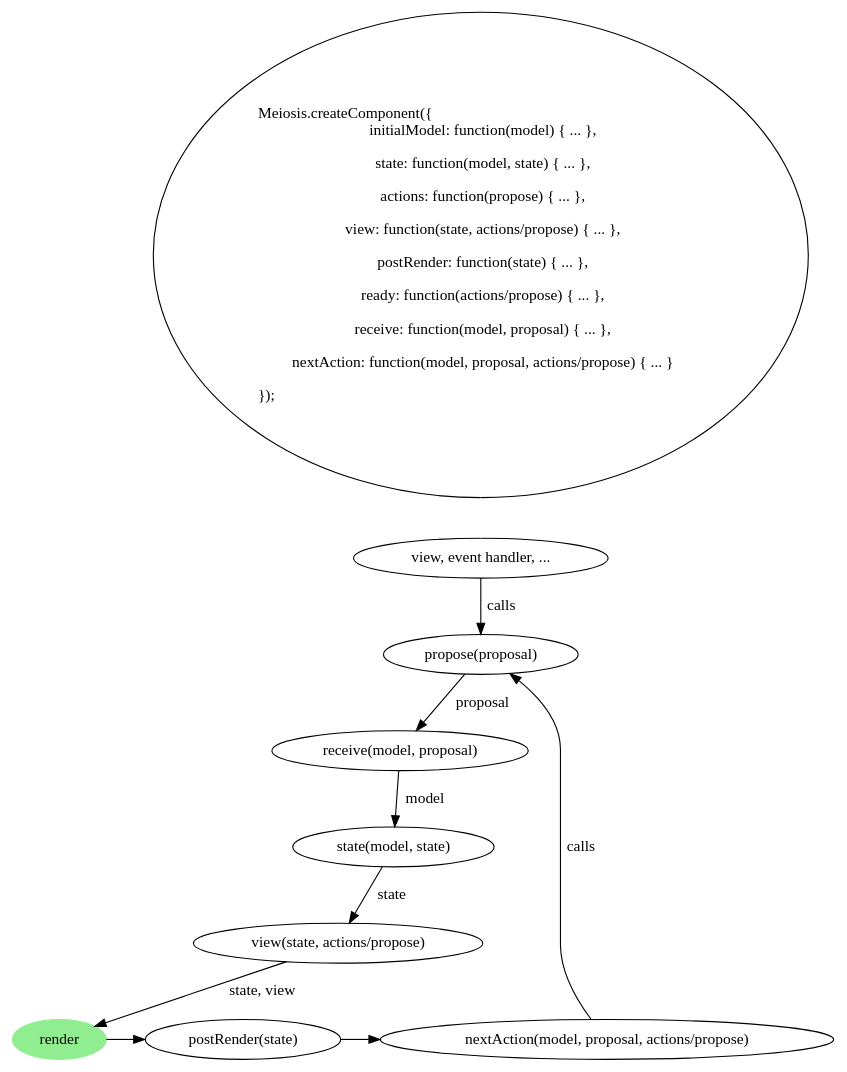
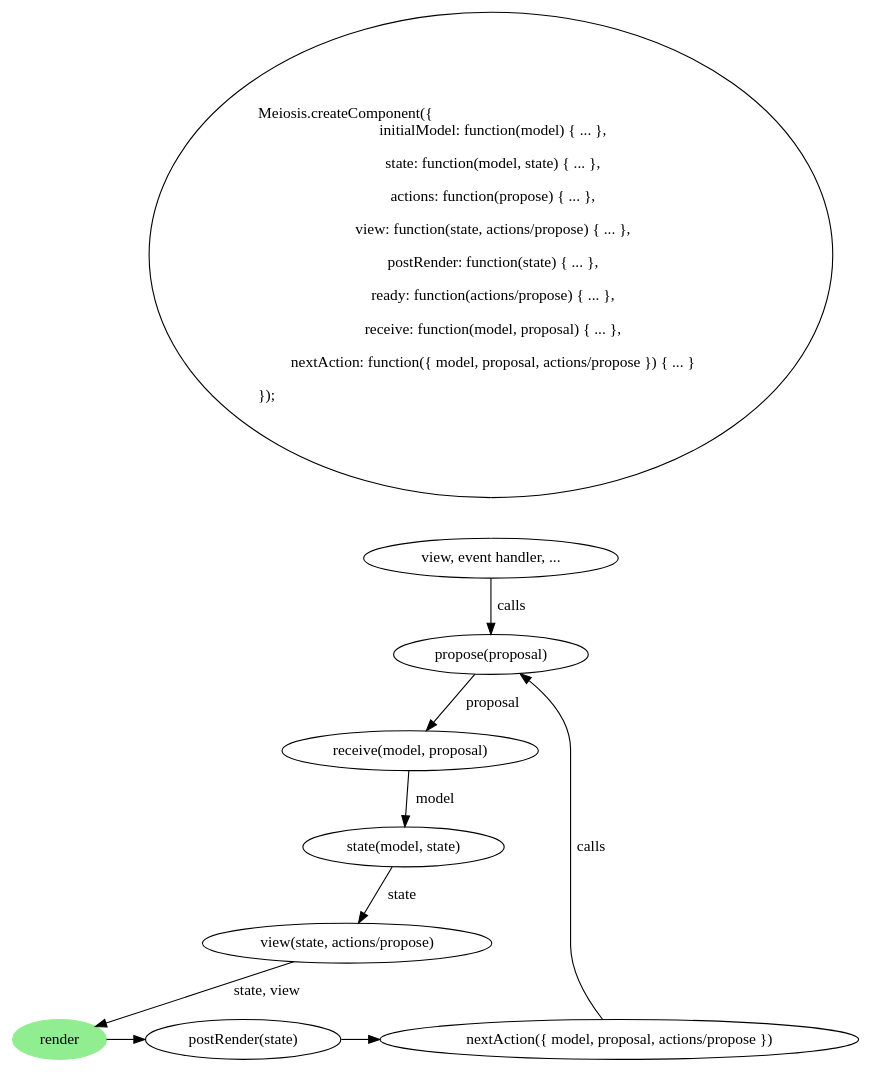
One commit to foxdonut/meiosis-guide changed the diagram in images/meiosis_update.dot. Above: the diagram before and after it, drawn with Graphviz. The commit also changed 4 other files, not shown here.

```diff
--- a/images/meiosis_update.dot
+++ b/images/meiosis_update.dot
@@ -1,32 +1,32 @@
 digraph meiosis_update {
   createComponent [fontname=Hack, label = "\lMeiosis.createComponent(\{\l\ \ initialModel: function(model) \{ ... \},
     \l  state: function(model, state) \{ ... \},
     \l  actions: function(propose) \{ ... \},
     \l  view: function(state, actions/propose) \{ ... \},
     \l  postRender: function(state) \{ ... \},
     \l  ready: function(actions/propose) \{ ... \},
     \l  receive: function(model, proposal) \{ ... \},
-    \l  nextAction: function(model, proposal, actions/propose) \{ ... \}
+    \l  nextAction: function(\{ model, proposal, actions/propose \}) \{ ... \}
     \l\});\l\l"]
 
   trigger [label = "view, event handler, ..."]
   propose [label = "propose(proposal)", fontname=Hack]
   receive [label = "receive(model, proposal)", fontname=Hack]
   state [label = "state(model, state)", fontname=Hack]
   view [label = "view(state, actions/propose)", fontname=Hack]
   render [style=filled, color=lightgreen]
   postRender [label = "postRender(state)", fontname=Hack]
-  nextAction [label = "nextAction(model, proposal, actions/propose)", fontname=Hack]
+  nextAction [label = "nextAction(\{ model, proposal, actions/propose \})", fontname=Hack]
 
   {rank=same; render postRender nextAction}
 
   createComponent -> trigger [arrowhead=none, arrowtail=empty, color=white]
   trigger -> propose [label = " calls"]
   propose -> receive [label = " proposal"]
   receive -> state [label = " model"]
   state -> view [label = " state"]
   view -> render [label = " state, view"]
   render -> postRender
   postRender -> nextAction
   nextAction -> propose [label = " calls"]
 }
```
